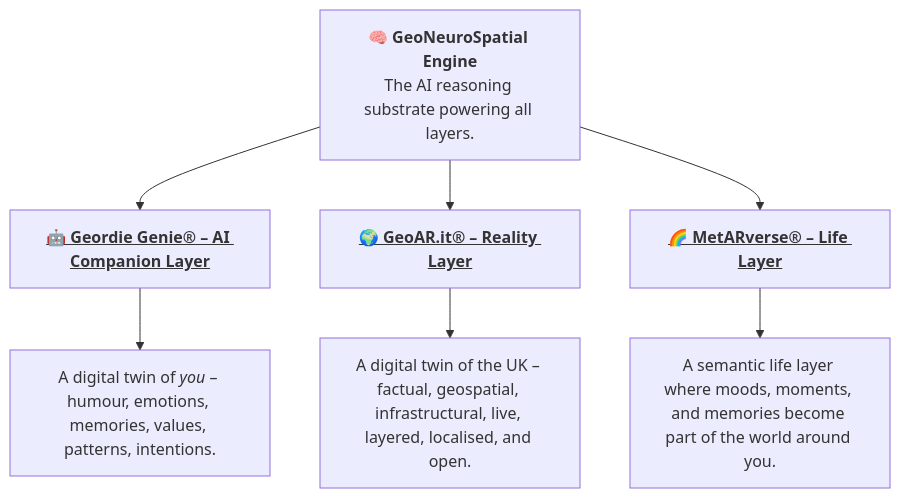
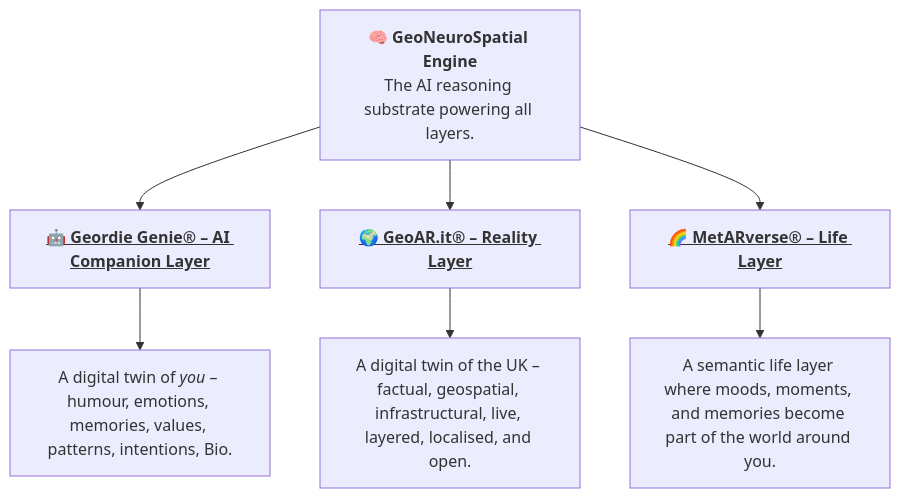
One commit to GeoARit/.github changed the first of 5 diagrams in profile/README.md. Above: the diagram before and after it, drawn with Mermaid.

````diff
--- a/profile/README.md
+++ b/profile/README.md
@@ -11,33 +11,33 @@
 ```mermaid
 flowchart TD
 
     %% ===============================
     %% TITLE NODES (TOP LEVEL)
     %% ===============================
     GENIE["<u><b>🤖 Geordie Genie® – AI Companion Layer</b></u>"]
     REALITY["<u><b>🌍 GeoAR.it® – Reality Layer</b></u>"]
     LIFE["<u><b>🌈 MetARverse® – Life Layer</b></u>"]
 
     %% ===============================
     %% DESCRIPTIONS (SECOND LEVEL)
     %% ===============================
-    GENIE_DESC["A digital twin of <i>you</i> – humour, emotions, memories, values, patterns, intentions."]
+    GENIE_DESC["A digital twin of <i>you</i> – humour, emotions, memories, values, patterns, intentions, Bio."]
     REALITY_DESC["A digital twin of the UK – factual, geospatial, infrastructural, live, layered, localised, and open."]
     LIFE_DESC["A semantic life layer where moods, moments, and memories become part of the world around you."]
 
     %% Attach descriptions to titles
     GENIE --> GENIE_DESC
     REALITY --> REALITY_DESC
     LIFE --> LIFE_DESC
 
     %% ===============================
     %% CORE ENGINE (POWERING ALL THREE)
     %% ===============================
     ENGINE["<b>🧠 GeoNeuroSpatial Engine</b><br/>The AI reasoning substrate powering all layers."]
 
     %% Engine connects upward to each title
     ENGINE --> GENIE
     ENGINE --> REALITY
     ENGINE --> LIFE
 
 ```
````
